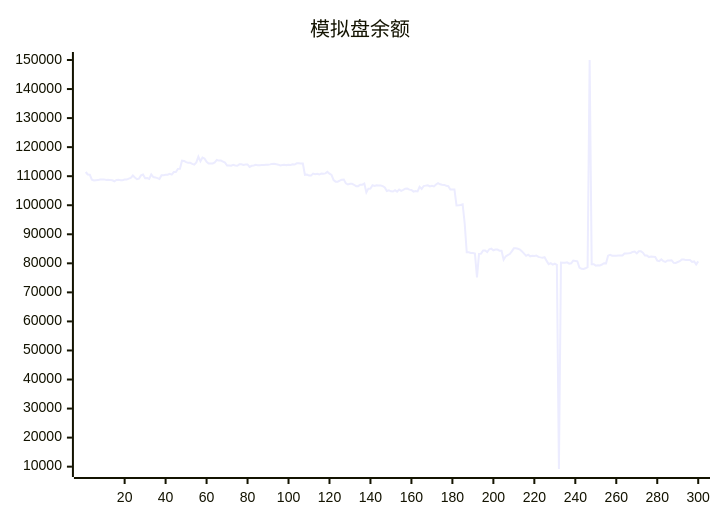
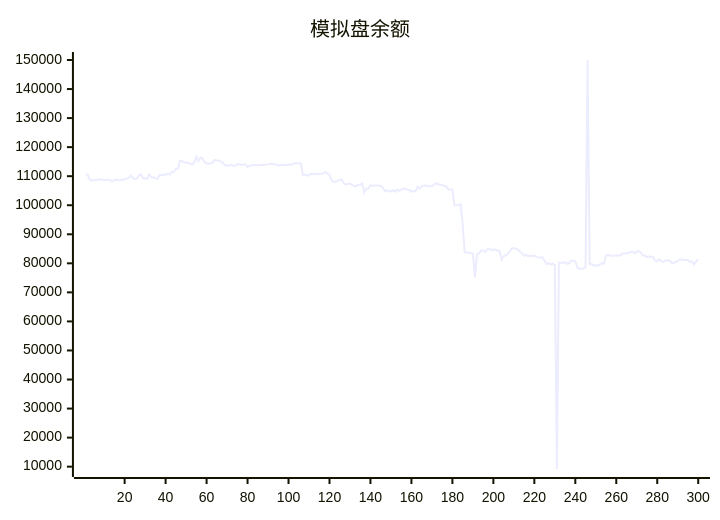
Before and after one commit to aahl/ai-trading: the diagram in README.md, drawn with Mermaid. The commit also changed other lines of this file and 1 other file, not shown here.

````diff
--- a/README.md
+++ b/README.md
@@ -5,5 +5,5 @@
 ```mermaid
 xychart
     title "模拟盘余额"
-    line [111443,110593,110490,108796,108506,108603,108645,108864,108864,108897,108718,108760,108648,108602,108262,108718,108752,108644,108644,108863,108823,109162,109419,110224,109539,108945,109172,110262,110546,109304,109343,109053,110606,109702,109584,109337,109071,110342,110342,110488,110488,110814,110531,111421,111421,112518,112522,115341,115266,114830,114584,114588,114231,113973,114726,116697,115160,116423,116083,114950,114365,114365,114388,114730,115582,115358,115358,115032,114686,113688,113688,113610,113930,113672,113585,114083,114074,113840,113996,114051,113208,113593,113701,113901,113794,113784,113810,113848,113927,113929,114064,114232,114293,114144,113960,113698,113853,113942,113812,113908,113877,114091,113998,114427,114422,114384,114384,110477,110576,110198,110198,110890,110712,110812,110569,110929,110847,110968,111478,110870,110433,108661,108116,108115,108485,108797,108877,107536,107134,107393,107393,107046,106565,106565,107081,107081,107478,104404,105715,105749,106866,106651,106889,106771,106816,106565,106141,104876,105103,104796,104734,105169,104690,105380,104941,105272,105709,105739,105374,105227,104691,104924,104762,106364,105628,106608,106748,106872,106485,106721,106468,107132,107620,107224,107080,107001,106717,106567,105431,105431,105440,99950,100017,100113,100337,93749,83795,83807,83567,83567,83342,75168,83222,83336,84448,84449,83896,84839,85065,84499,84757,84757,84364,84347,81254,82385,82835,83184,84099,85150,85150,85002,84751,84096,83356,82582,82983,82404,82572,82512,82688,82200,82047,81920,82125,80840,79688,80060,79552,79920,79470,9193,80236,80208,80170,80336,79894,80006,80954,80837,80712,78561,78139,78037,78293,78682,150000,79720,79720,79214,79372,79279,79591,80046,79993,82625,82950,82626,82571,82633,82670,82670,82681,83386,83378,83464,83579,83920,84037,83402,84160,84142,83652,82655,82655,82145,82315,82243,82163,80934,80770,81371,80742,80468,80989,80989,81067,80191,80155,80450,80737,81309,81309,81106,81119,81119,80471,80631,79624,80670]
+    line [110593,110490,108796,108506,108603,108645,108864,108864,108897,108718,108760,108648,108602,108262,108718,108752,108644,108644,108863,108823,109162,109419,110224,109539,108945,109172,110262,110546,109304,109343,109053,110606,109702,109584,109337,109071,110342,110342,110488,110488,110814,110531,111421,111421,112518,112522,115341,115266,114830,114584,114588,114231,113973,114726,116697,115160,116423,116083,114950,114365,114365,114388,114730,115582,115358,115358,115032,114686,113688,113688,113610,113930,113672,113585,114083,114074,113840,113996,114051,113208,113593,113701,113901,113794,113784,113810,113848,113927,113929,114064,114232,114293,114144,113960,113698,113853,113942,113812,113908,113877,114091,113998,114427,114422,114384,114384,110477,110576,110198,110198,110890,110712,110812,110569,110929,110847,110968,111478,110870,110433,108661,108116,108115,108485,108797,108877,107536,107134,107393,107393,107046,106565,106565,107081,107081,107478,104404,105715,105749,106866,106651,106889,106771,106816,106565,106141,104876,105103,104796,104734,105169,104690,105380,104941,105272,105709,105739,105374,105227,104691,104924,104762,106364,105628,106608,106748,106872,106485,106721,106468,107132,107620,107224,107080,107001,106717,106567,105431,105431,105440,99950,100017,100113,100337,93749,83795,83807,83567,83567,83342,75168,83222,83336,84448,84449,83896,84839,85065,84499,84757,84757,84364,84347,81254,82385,82835,83184,84099,85150,85150,85002,84751,84096,83356,82582,82983,82404,82572,82512,82688,82200,82047,81920,82125,80840,79688,80060,79552,79920,79470,9193,80236,80208,80170,80336,79894,80006,80954,80837,80712,78561,78139,78037,78293,78682,150000,79720,79720,79214,79372,79279,79591,80046,79993,82625,82950,82626,82571,82633,82670,82670,82681,83386,83378,83464,83579,83920,84037,83402,84160,84142,83652,82655,82655,82145,82315,82243,82163,80934,80770,81371,80742,80468,80989,80989,81067,80191,80155,80450,80737,81309,81309,81106,81119,81119,80471,80631,79624,80670,81448]
 ```
````
